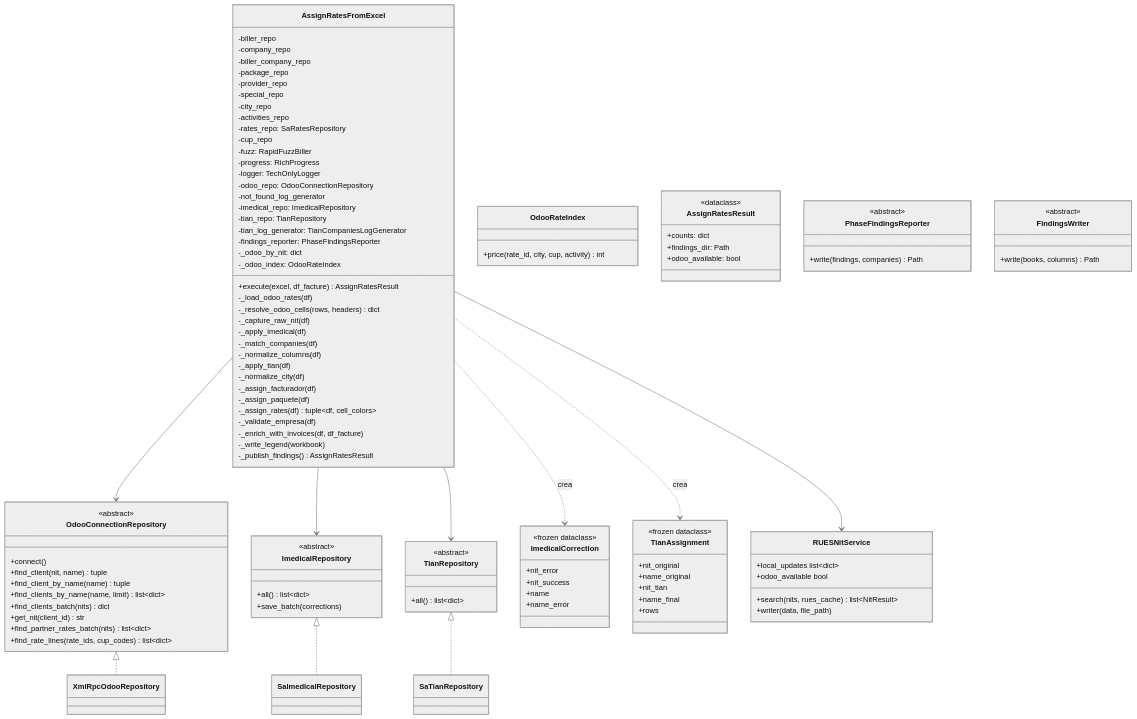
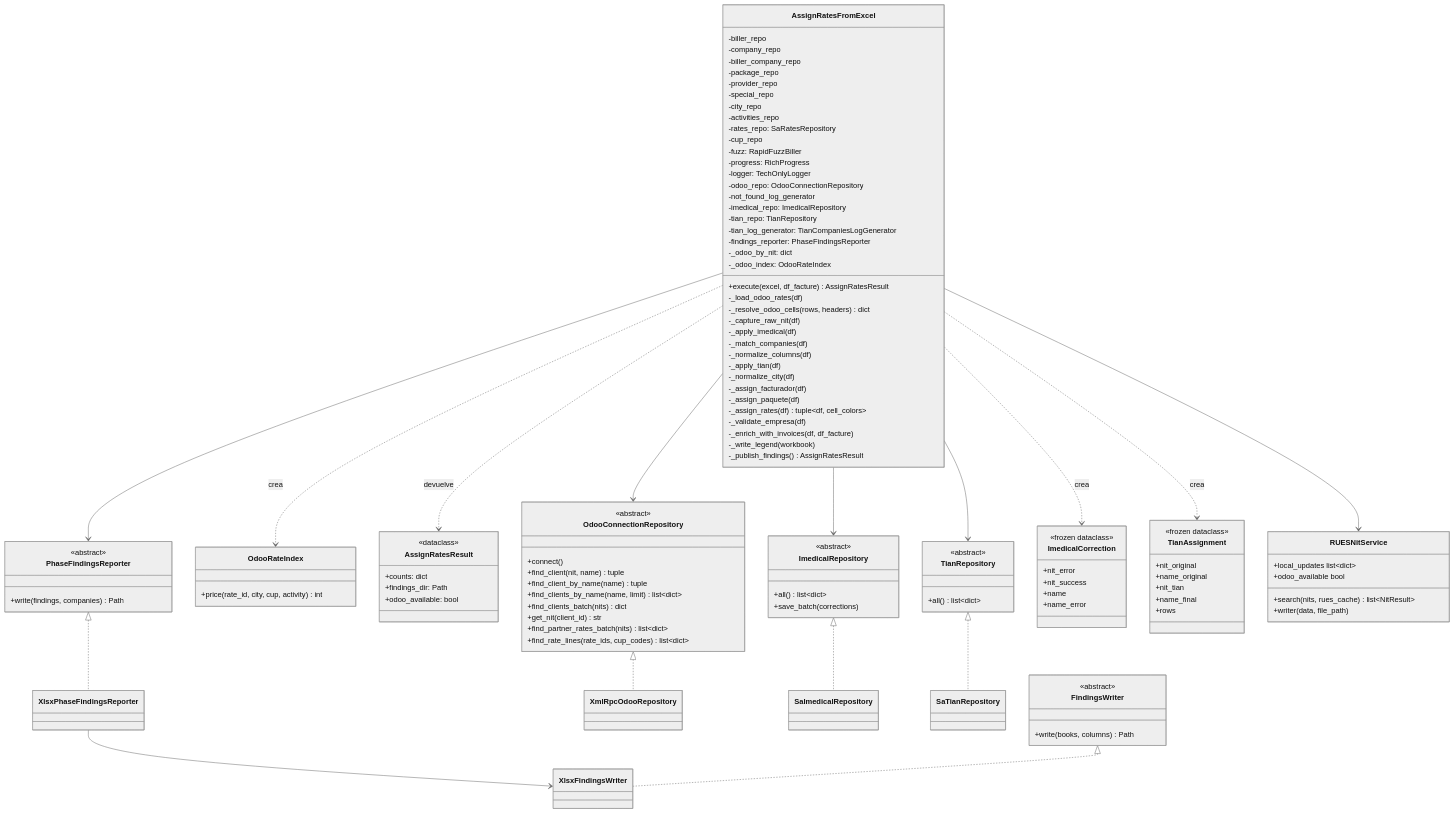
One commit to santo2409/Facturacion changed the fourth of 12 diagrams in docs/c4-diagrams.md. Above: the diagram before and after it, drawn with Mermaid (neutral theme).

Commit message:
docs(docs): update c4-diagrams

````diff
--- a/docs/c4-diagrams.md
+++ b/docs/c4-diagrams.md
@@ -255,4 +255,10 @@
     OdooConnectionRepository <|.. XmlRpcOdooRepository
     ImedicalRepository <|.. SaImedicalRepository
     TianRepository <|.. SaTianRepository
+    AssignRatesFromExcel --> PhaseFindingsReporter
+    AssignRatesFromExcel ..> OdooRateIndex : crea
+    AssignRatesFromExcel ..> AssignRatesResult : devuelve
+    PhaseFindingsReporter <|.. XlsxPhaseFindingsReporter
+    XlsxPhaseFindingsReporter --> XlsxFindingsWriter
+    FindingsWriter <|.. XlsxFindingsWriter
 ```
````
